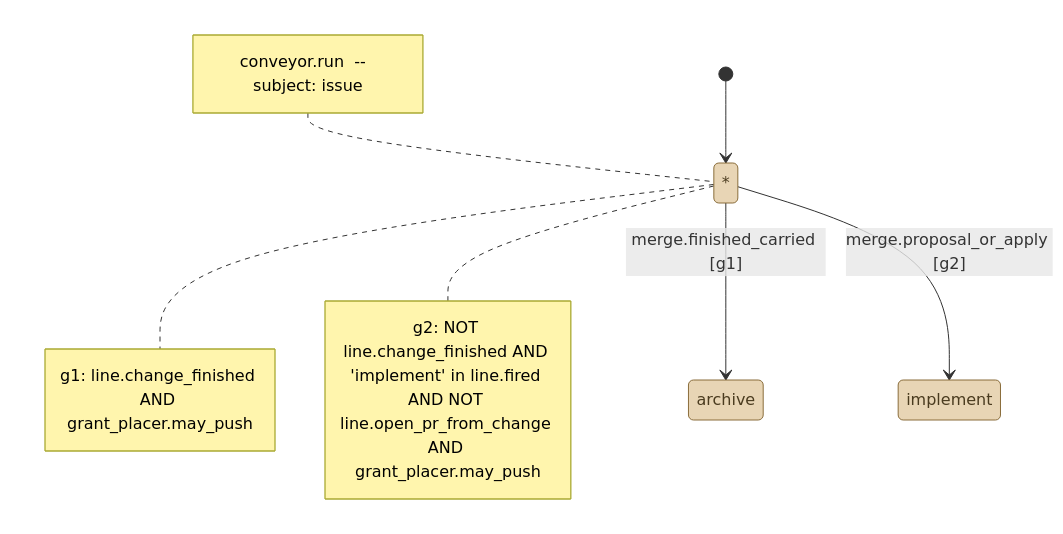
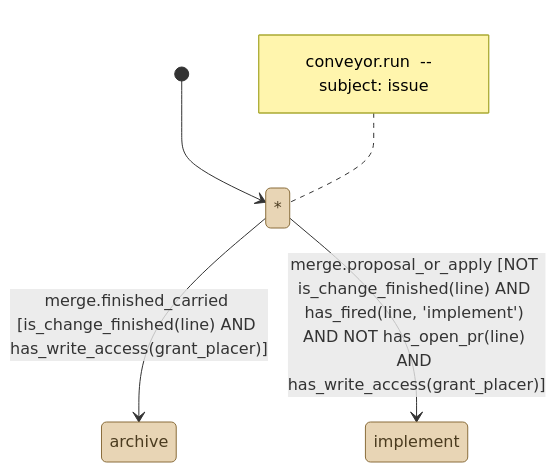
One commit to kostiantyn-matsebora/agent-ops-operator changed the diagram in .github/conveyor-model/mermaid/conveyor_run.mmd. Above: the diagram before and after it, drawn with Mermaid. The commit also changed 9 other files, not shown here.

```diff
--- a/.github/conveyor-model/mermaid/conveyor_run.mmd
+++ b/.github/conveyor-model/mermaid/conveyor_run.mmd
@@ -1,23 +1,17 @@
 stateDiagram-v2
     [*] --> any_state
     note left of any_state
         conveyor.run  --  subject: issue
     end note
     classDef stationState fill:#e8d5b5,stroke:#8a6d3b,color:#4a3b1f
     classDef loopState fill:#c9e4de,stroke:#2f6b5e,color:#1a3b33
     state "*" as any_state
     state none
     state implement
     state fix
     state merge
     state archive
     state stalled
-    any_state --> archive : merge.finished_carried [g1]
-    any_state --> implement : merge.proposal_or_apply [g2]
+    any_state --> archive : merge.finished_carried [is_change_finished(line) AND has_write_access(grant_placer)]
+    any_state --> implement : merge.proposal_or_apply [NOT is_change_finished(line) AND has_fired(line, 'implement') AND NOT has_open_pr(line) AND has_write_access(grant_placer)]
     class none, implement, fix, merge, archive, stalled, any_state stationState
-    note right of any_state
-        g1: line.change_finished AND grant_placer.may_push
-    end note
-    note right of any_state
-        g2: NOT line.change_finished AND 'implement' in line.fired AND NOT line.open_pr_from_change AND grant_placer.may_push
-    end note
```
